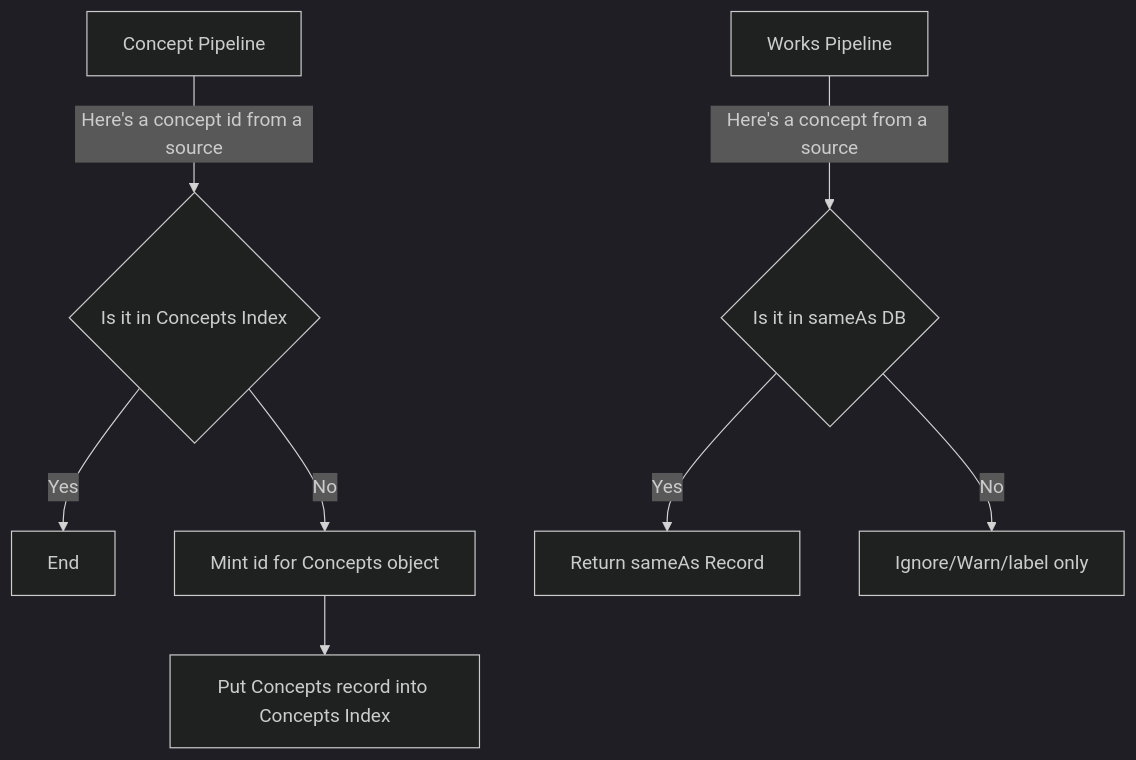
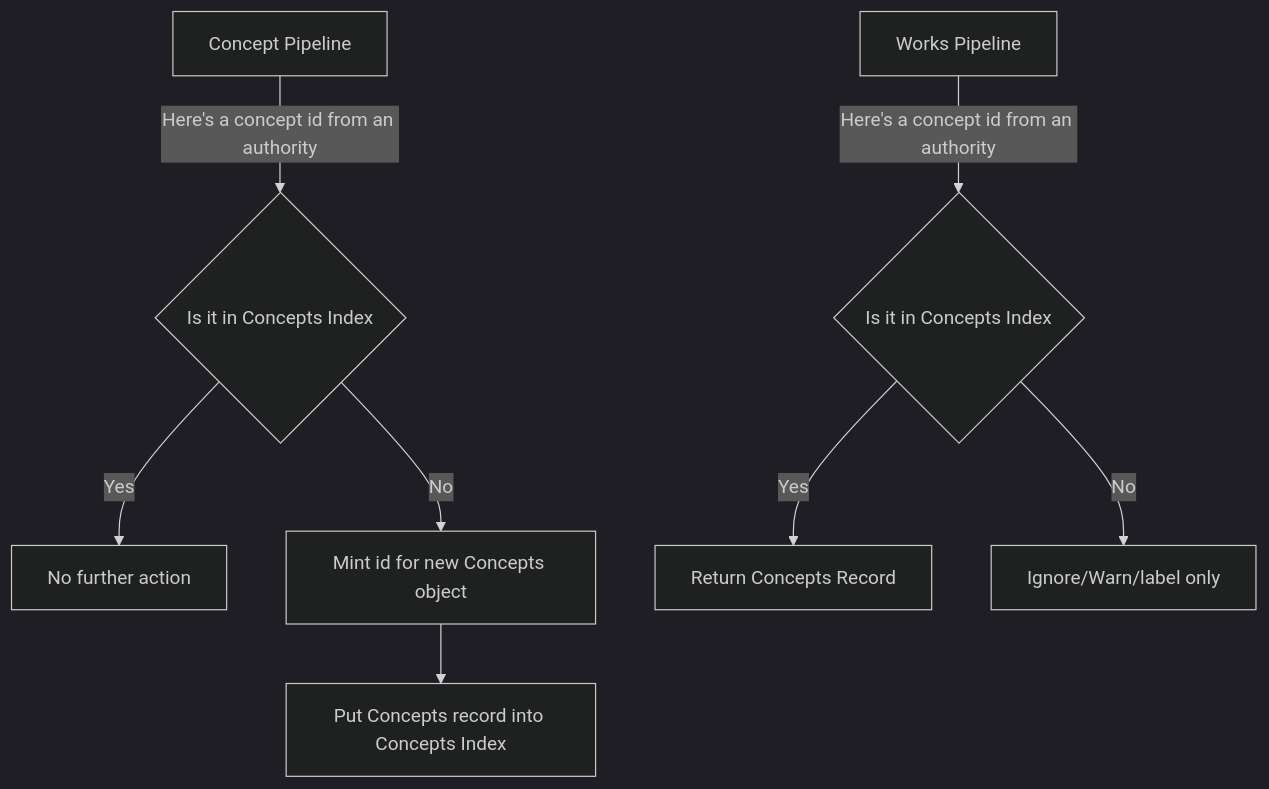
Before and after one commit to wellcomecollection/docs: the second of 2 diagrams in rfcs/052-concepts-pipeline/README.md, drawn with Mermaid (dark theme). The commit also changed other lines of this file, not shown here.

````diff
--- a/rfcs/052-concepts-pipeline/README.md
+++ b/rfcs/052-concepts-pipeline/README.md
@@ -206,13 +157,14 @@
 ```mermaid
 graph TD
-    A[Concept Pipeline] -->|Here's a concept id from a source| B
+    A[Concept Pipeline] -->|Here's a concept id from an authority| B
     B{Is it in Concepts Index}
-    B -->|Yes| C[End]
-    B -->|No| D[Mint id for Concepts object]
+    B -->|Yes| C[No further action]
+    B -->|No| D[Mint id for new Concepts object]
     D --> E[Put Concepts record into Concepts Index]
 
-    AA[Works Pipeline] -->|Here's a concept from a source| BA
-    BA{Is it in sameAs DB}
-    BA -->|Yes| CA[Return sameAs Record]
+    AA[Works Pipeline] -->|Here's a concept id from an authority| BA
+    BA{Is it in Concepts Index}
+    BA -->|Yes| CA[Return Concepts Record]
     BA -->|No| DA[Ignore/Warn/label only]
+
 ```
````
